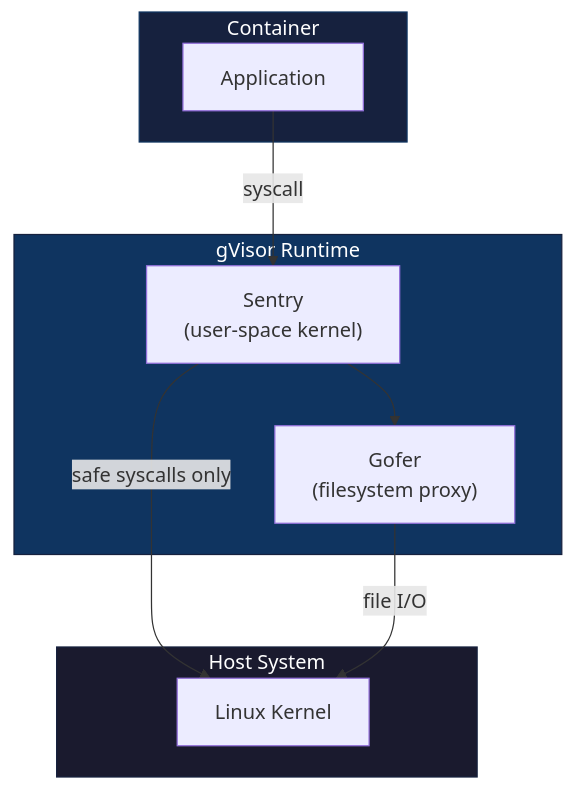
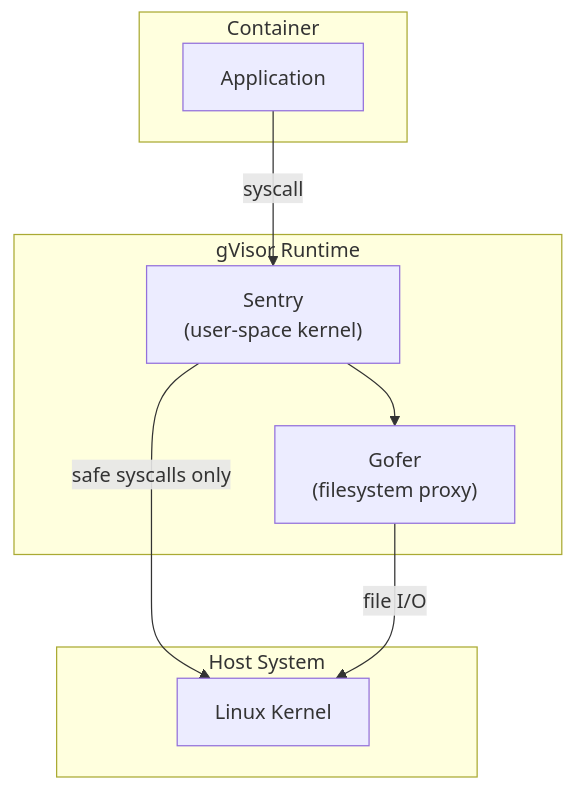
One commit to novotnyllc/ContainAI changed the sixth of 8 diagrams in docs/security-comparison.md. Above: the diagram before and after it, drawn with Mermaid. The commit also changed other lines of this file and 14 other files, not shown here.

````diff
--- a/docs/security-comparison.md
+++ b/docs/security-comparison.md
@@ -288,24 +276,21 @@
 ```mermaid
 flowchart TB
     subgraph Host["Host System"]
         Kernel["Linux Kernel"]
     end
 
     subgraph gVisor["gVisor Runtime"]
         Sentry["Sentry<br/>(user-space kernel)"]
         Gofer["Gofer<br/>(filesystem proxy)"]
     end
 
     subgraph Container["Container"]
         App["Application"]
     end
 
     App -->|"syscall"| Sentry
     Sentry -->|"safe syscalls only"| Kernel
     Sentry --> Gofer
     Gofer -->|"file I/O"| Kernel
 
-    style Host fill:#1a1a2e,stroke:#16213e,color:#fff
-    style gVisor fill:#0f3460,stroke:#16213e,color:#fff
-    style Container fill:#16213e,stroke:#0f3460,color:#fff
 ```
````
